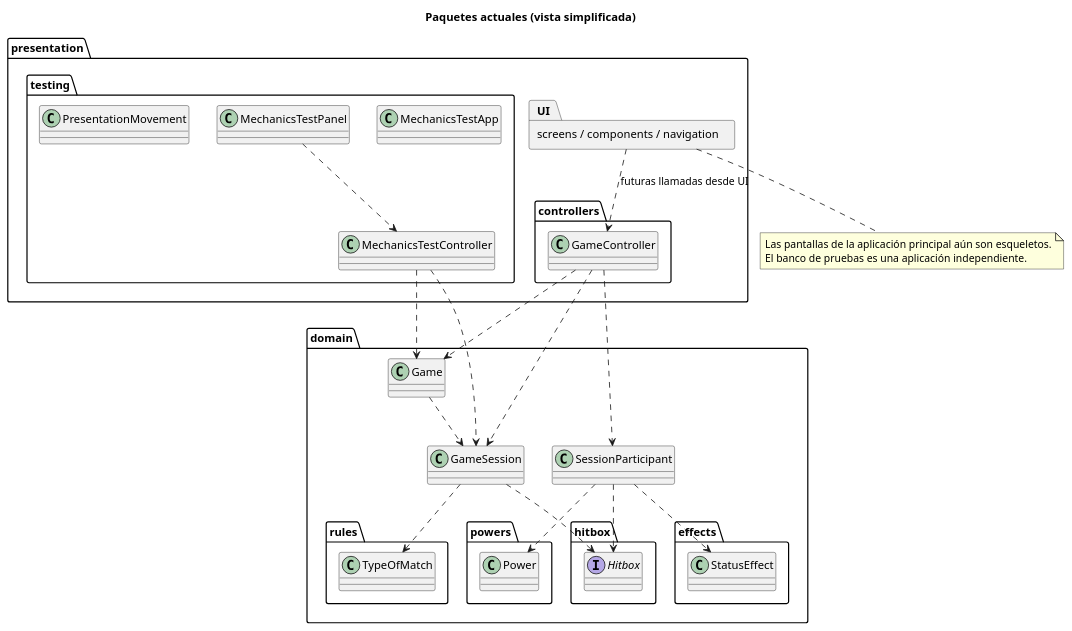
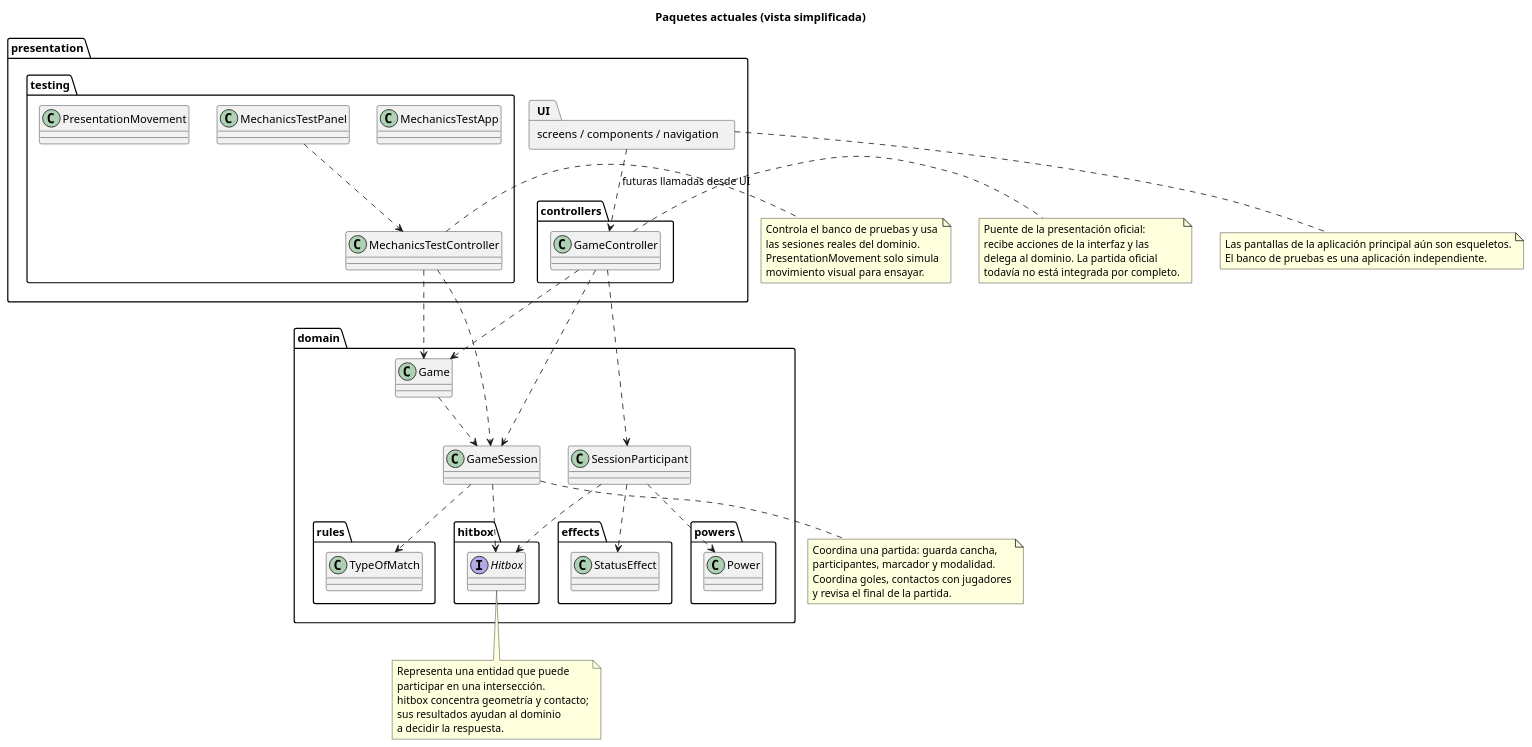
Before and after one commit to PaglkG/ProyectoFinal-Dopo: the diagram in docs/uml/package-diagram.puml, drawn with PlantUML. The commit also changed 43 other files, not shown here.

Commit message:
ajuste de responsabilidades con ball y ajustando los cambios en los diagrama de clase para la entrega

```diff
--- a/docs/uml/package-diagram.puml
+++ b/docs/uml/package-diagram.puml
@@ -1,50 +1,75 @@
 @startuml
 allowmixing
 title Paquetes actuales (vista simplificada)
 package "presentation" {
   package "controllers" {
     class GameController
   }
   package "testing" {
     class MechanicsTestApp
     class MechanicsTestPanel
     class MechanicsTestController
     class PresentationMovement
   }
   package "screens / components / navigation" as UI
 }
 package "domain" {
   class Game
   class GameSession
   class SessionParticipant
   package "rules" {
     class TypeOfMatch
   }
   package "hitbox" {
     interface Hitbox
   }
   package "effects" {
     class StatusEffect
   }
   package "powers" {
     class Power
   }
 }
 GameController ..> Game
 GameController ..> GameSession
 GameController ..> SessionParticipant
 Game ..> GameSession
 GameSession ..> TypeOfMatch
 GameSession ..> Hitbox
 SessionParticipant ..> Hitbox
 SessionParticipant ..> StatusEffect
 SessionParticipant ..> Power
 UI ..> GameController : futuras llamadas desde UI
 MechanicsTestPanel ..> MechanicsTestController
 MechanicsTestController ..> Game
 MechanicsTestController ..> GameSession
 note bottom of UI
   Las pantallas de la aplicación principal aún son esqueletos.
   El banco de pruebas es una aplicación independiente.
 end note
+note right of GameController
+  Puente de la presentación oficial:
+  recibe acciones de la interfaz y las
+  delega al dominio. La partida oficial
+  todavía no está integrada por completo.
+end note
+note bottom of GameSession
+  Coordina una partida: guarda cancha,
+  participantes, marcador y modalidad.
+  Coordina goles, contactos con jugadores
+  y revisa el final de la partida.
+end note
+note bottom of Hitbox
+  Representa una entidad que puede
+  participar en una intersección.
+  hitbox concentra geometría y contacto;
+  sus resultados ayudan al dominio
+  a decidir la respuesta.
+end note
+note right of MechanicsTestController
+  Controla el banco de pruebas y usa
+  las sesiones reales del dominio.
+  PresentationMovement solo simula
+  movimiento visual para ensayar.
+end note
 @enduml
```
